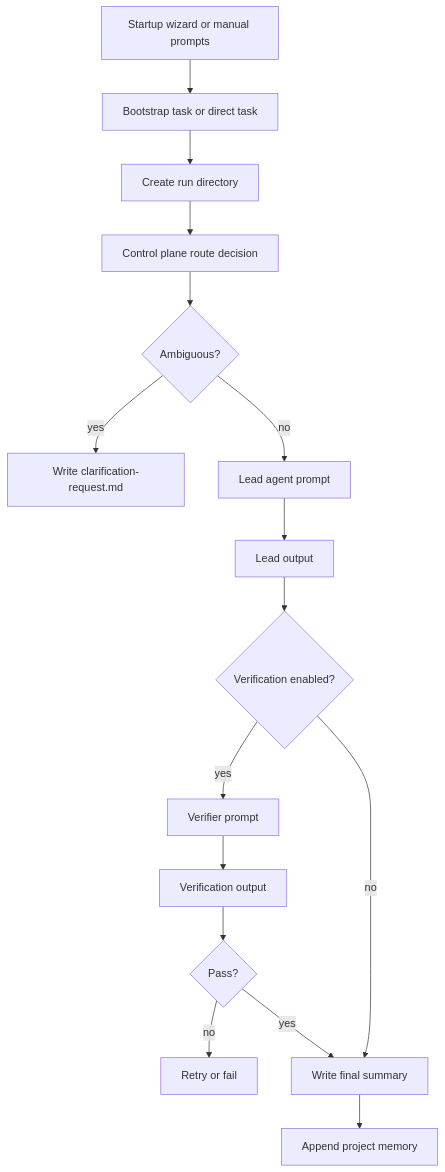
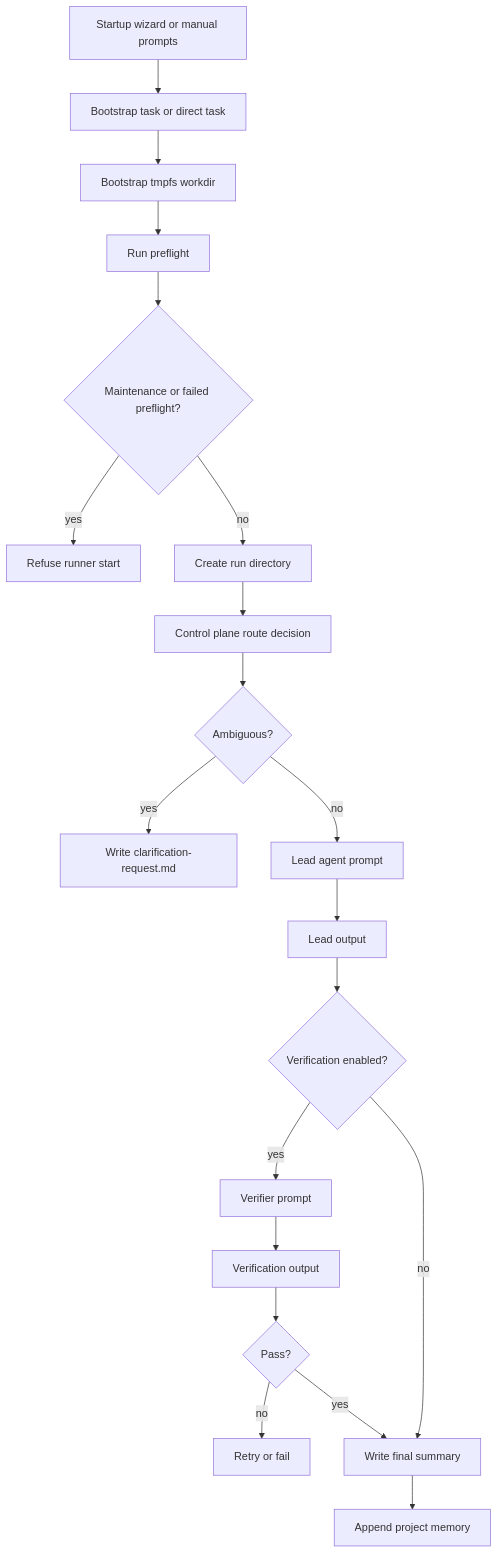
One commit to exquest/PromptClaw changed the diagram in docs/architecture.md. Above: the diagram before and after it, drawn with Mermaid. The commit also changed other lines of this file and 67 other files, not shown here.

````diff
--- a/docs/architecture.md
+++ b/docs/architecture.md
@@ -110,18 +123,22 @@
 ```mermaid
 flowchart TD
     A[Startup wizard or manual prompts] --> B[Bootstrap task or direct task]
-    B --> C[Create run directory]
-    C --> D[Control plane route decision]
-    D --> E{Ambiguous?}
-    E -->|yes| F[Write clarification-request.md]
-    E -->|no| G[Lead agent prompt]
-    G --> H[Lead output]
-    H --> I{Verification enabled?}
-    I -->|yes| J[Verifier prompt]
-    J --> K[Verification output]
-    K --> L{Pass?}
-    L -->|no| M[Retry or fail]
-    L -->|yes| N[Write final summary]
-    I -->|no| N
-    N --> O[Append project memory]
+    B --> C[Bootstrap tmpfs workdir]
+    C --> D[Run preflight]
+    D --> E{Maintenance or failed preflight?}
+    E -->|yes| F[Refuse runner start]
+    E -->|no| G[Create run directory]
+    G --> H[Control plane route decision]
+    H --> I{Ambiguous?}
+    I -->|yes| J[Write clarification-request.md]
+    I -->|no| K[Lead agent prompt]
+    K --> L[Lead output]
+    L --> M{Verification enabled?}
+    M -->|yes| N[Verifier prompt]
+    N --> O[Verification output]
+    O --> P{Pass?}
+    P -->|no| Q[Retry or fail]
+    P -->|yes| R[Write final summary]
+    M -->|no| R
+    R --> S[Append project memory]
 ```
````
